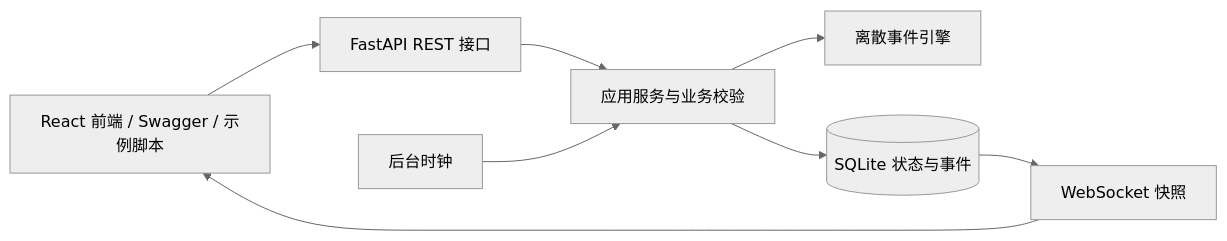
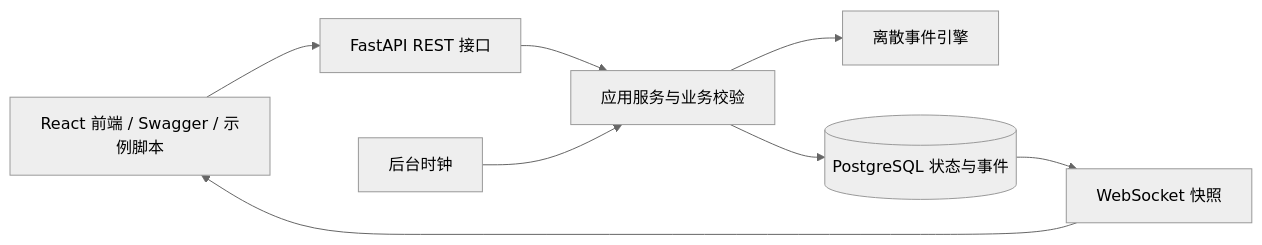
The diagram in docs/ARCHITECTURE.md (17346733172/zhongyaofengzhengxitong), drawn with Mermaid (neutral theme) before and after one commit. The commit also changed other lines of this file and 24 other files, not shown here.

Commit message:
添加 Docker 部署并迁移至 PostgreSQL

````diff
--- a/docs/ARCHITECTURE.md
+++ b/docs/ARCHITECTURE.md
@@ -5,10 +5,10 @@
 ```mermaid
 flowchart LR
     UI[React 前端 / Swagger / 示例脚本] --> API[FastAPI REST 接口]
     API --> S[应用服务与业务校验]
     S --> E[离散事件引擎]
-    S --> DB[(SQLite 状态与事件)]
+    S --> DB[(PostgreSQL 状态与事件)]
     T[后台时钟] --> S
     DB --> WS[WebSocket 快照]
     WS --> UI
 ```
````
